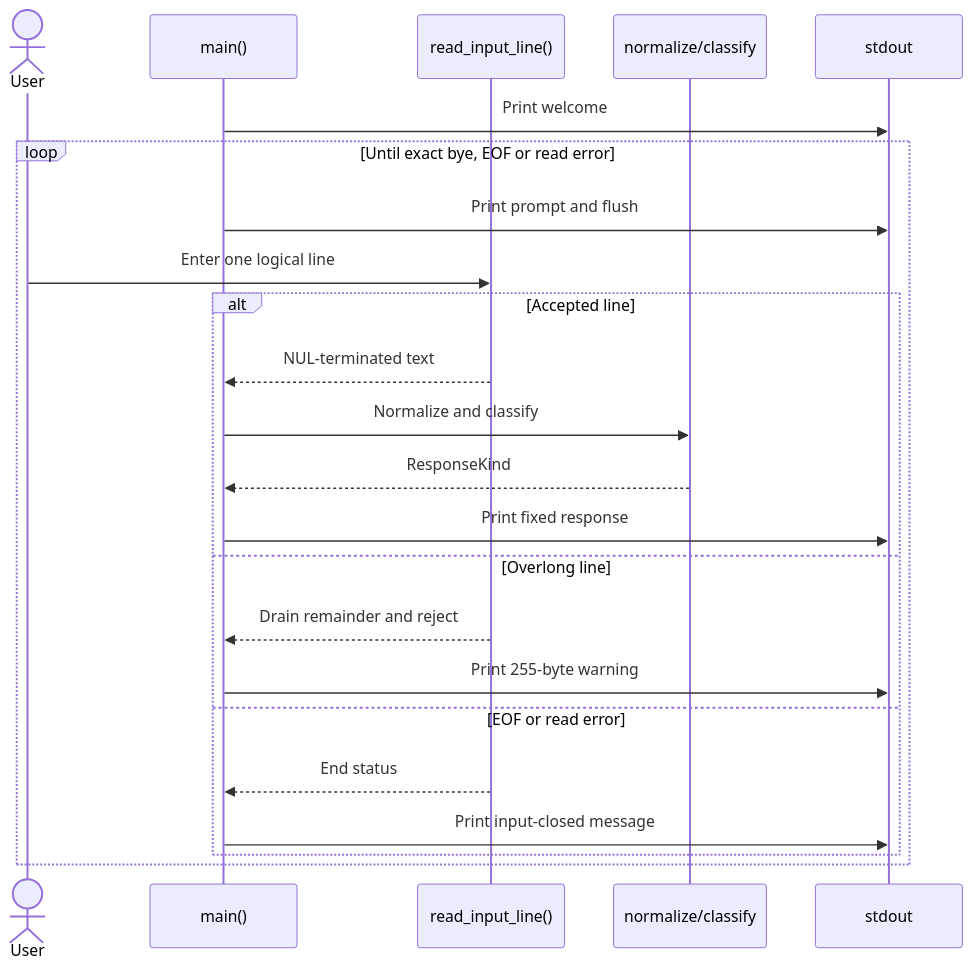
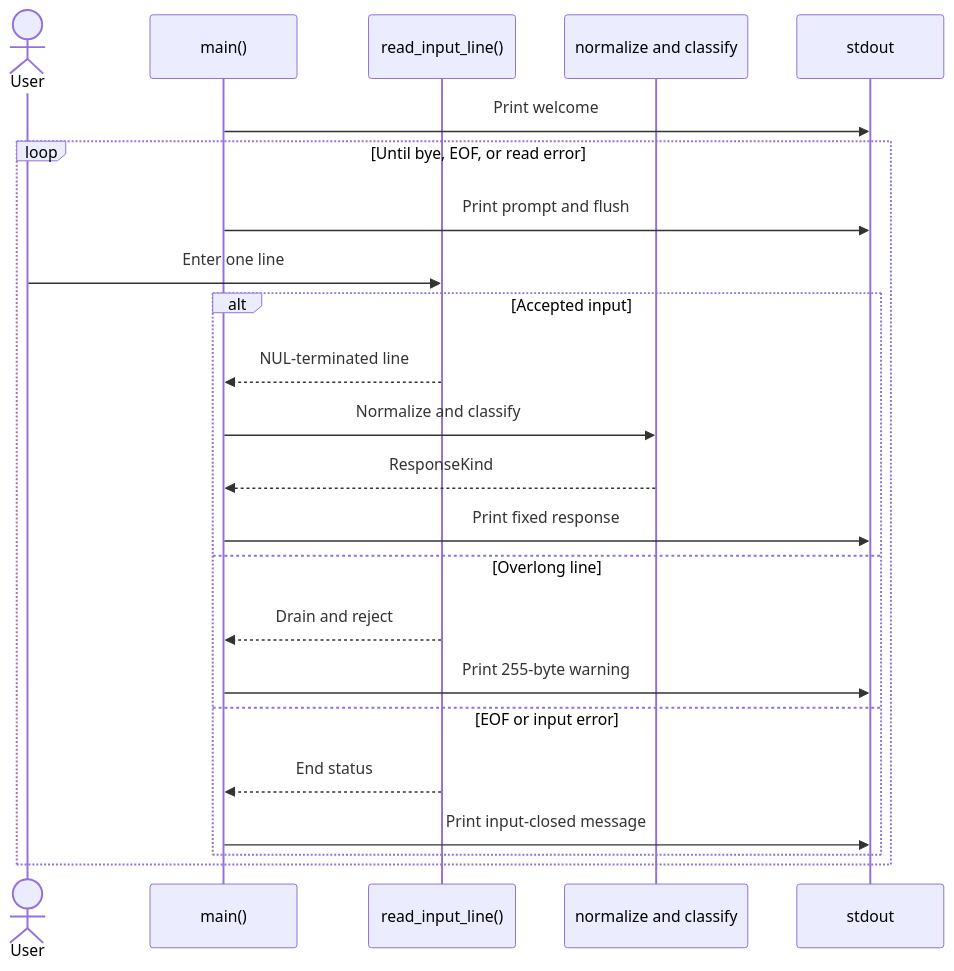
Before and after one commit to Brajesh31/chatbot-C-: the second of 3 diagrams in README.md, drawn with Mermaid. The commit also changed other lines of this file, not shown here.

```diff
--- a/README.md
+++ b/README.md
@@ -594,25 +205,26 @@
 ~~~mermaid
 sequenceDiagram
- actor User
- participant Main as main()
- participant Reader as read_input_line()
- participant Rules as normalize/classify
- participant Output as stdout
- Main->>Output: Print welcome
- loop Until exact bye, EOF or read error
-  Main->>Output: Print prompt and flush
-  User->>Reader: Enter one logical line
-  alt Accepted line
-   Reader-->>Main: NUL-terminated text
-   Main->>Rules: Normalize and classify
-   Rules-->>Main: ResponseKind
-   Main->>Output: Print fixed response
-  else Overlong line
-   Reader-->>Main: Drain remainder and reject
-   Main->>Output: Print 255-byte warning
-  else EOF or read error
-   Reader-->>Main: End status
-   Main->>Output: Print input-closed message
-  end
- end
+    actor User
+    participant Main as main()
+    participant Reader as read_input_line()
+    participant Rules as normalize and classify
+    participant Output as stdout
+
+    Main->>Output: Print welcome
+    loop Until bye, EOF, or read error
+        Main->>Output: Print prompt and flush
+        User->>Reader: Enter one line
+        alt Accepted input
+            Reader-->>Main: NUL-terminated line
+            Main->>Rules: Normalize and classify
+            Rules-->>Main: ResponseKind
+            Main->>Output: Print fixed response
+        else Overlong line
+            Reader-->>Main: Drain and reject
+            Main->>Output: Print 255-byte warning
+        else EOF or input error
+            Reader-->>Main: End status
+            Main->>Output: Print input-closed message
+        end
+    end
 ~~~
```
